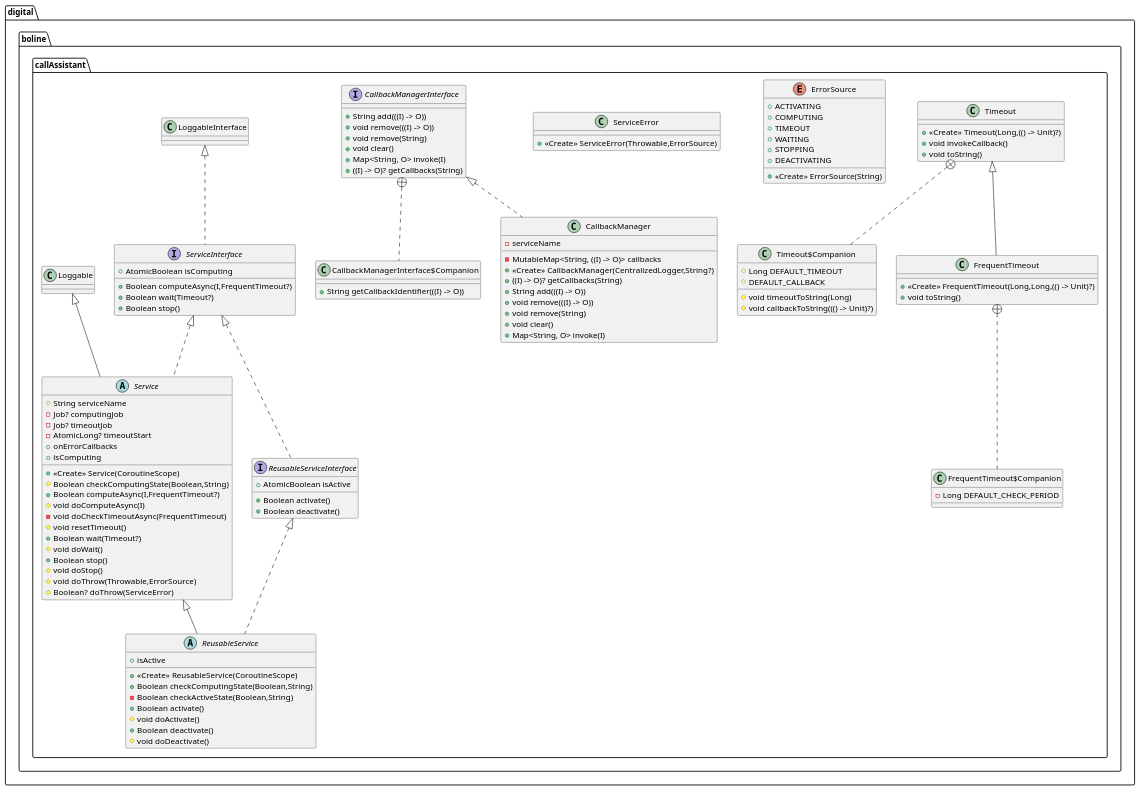
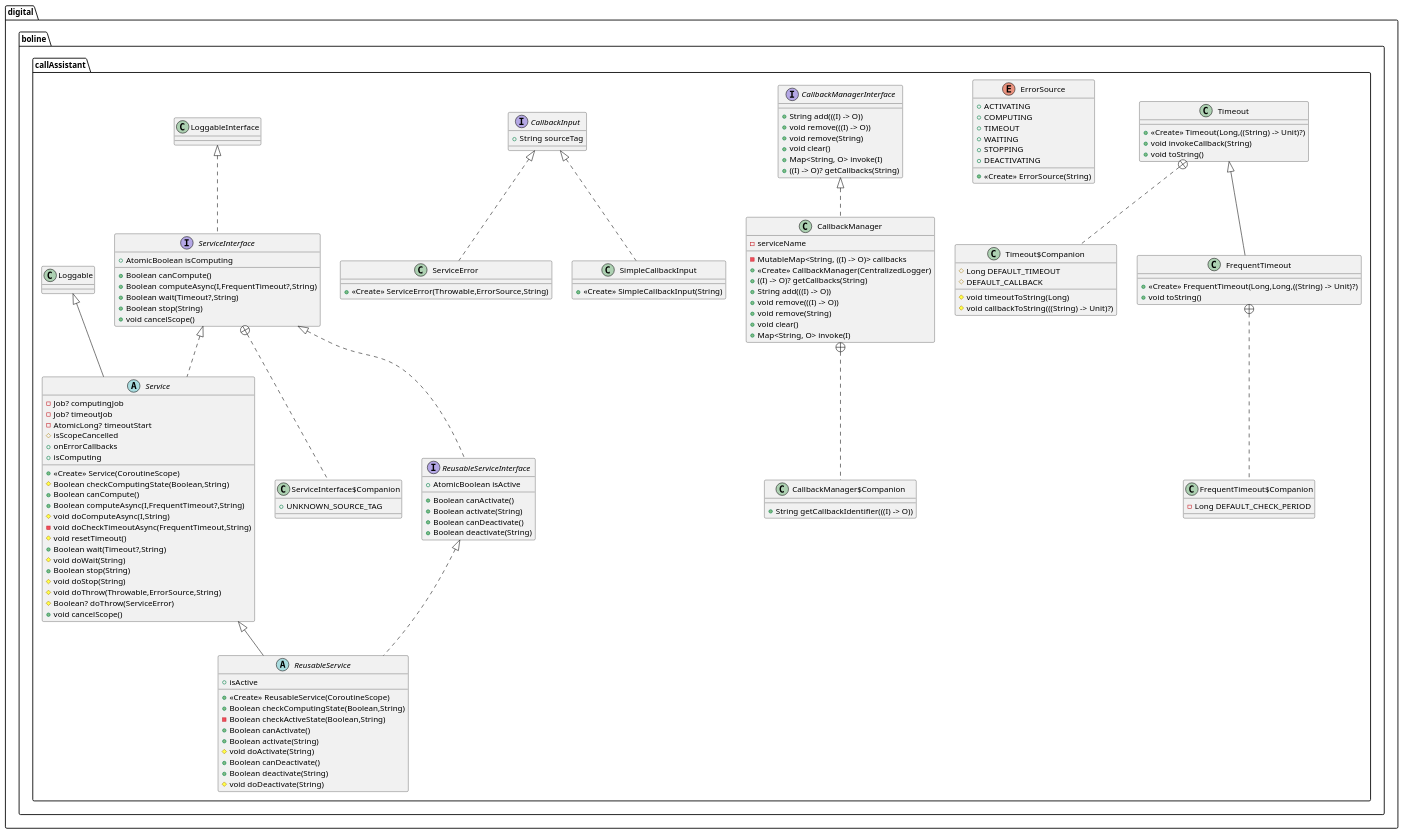
Before and after one commit to buoncubi/call_assistant: the diagram in doc/uml/service.puml, drawn with PlantUML. The commit also changed 308 other files, not shown here.

Commit message:
Introducing LLM message interface and manager.

```diff
--- a/doc/uml/service.puml
+++ b/doc/uml/service.puml
@@ -1,128 +1,151 @@
 @startuml
+class digital.boline.callAssistant.ServiceInterface$Companion {
++  UNKNOWN_SOURCE_TAG
+}
+
 interface digital.boline.callAssistant.ServiceInterface {
 + AtomicBoolean isComputing
-+ Boolean computeAsync(I,FrequentTimeout?)
-+ Boolean wait(Timeout?)
-+ Boolean stop()
++ Boolean canCompute()
++ Boolean computeAsync(I,FrequentTimeout?,String)
++ Boolean wait(Timeout?,String)
++ Boolean stop(String)
++ void cancelScope()
 }
 
 
 class digital.boline.callAssistant.Timeout$Companion {
 # Long DEFAULT_TIMEOUT
 #  DEFAULT_CALLBACK
 # void timeoutToString(Long)
-# void callbackToString((() -> Unit)?)
+# void callbackToString(((String) -> Unit)?)
 }
 
 
 class digital.boline.callAssistant.Timeout {
-+ <<Create>> Timeout(Long,(() -> Unit)?)
-+ void invokeCallback()
++ <<Create>> Timeout(Long,((String) -> Unit)?)
++ void invokeCallback(String)
 + void toString()
 }
 
 class digital.boline.callAssistant.FrequentTimeout$Companion {
 - Long DEFAULT_CHECK_PERIOD
 }
 
 class digital.boline.callAssistant.FrequentTimeout {
-+ <<Create>> FrequentTimeout(Long,Long,(() -> Unit)?)
++ <<Create>> FrequentTimeout(Long,Long,((String) -> Unit)?)
 + void toString()
 }
 
 enum digital.boline.callAssistant.ErrorSource {
 +  ACTIVATING
 +  COMPUTING
 +  TIMEOUT
 +  WAITING
 +  STOPPING
 +  DEACTIVATING
 + <<Create>> ErrorSource(String)
 }
 
 
 class digital.boline.callAssistant.ServiceError {
-+ <<Create>> ServiceError(Throwable,ErrorSource)
++ <<Create>> ServiceError(Throwable,ErrorSource,String)
 }
 
 abstract class digital.boline.callAssistant.Service {
-# String serviceName
 - Job? computingJob
 - Job? timeoutJob
 - AtomicLong? timeoutStart
+#  isScopeCancelled
 +  onErrorCallbacks
 +  isComputing
 + <<Create>> Service(CoroutineScope)
 # Boolean checkComputingState(Boolean,String)
-+ Boolean computeAsync(I,FrequentTimeout?)
-# void doComputeAsync(I)
-- void doCheckTimeoutAsync(FrequentTimeout)
++ Boolean canCompute()
++ Boolean computeAsync(I,FrequentTimeout?,String)
+# void doComputeAsync(I,String)
+- void doCheckTimeoutAsync(FrequentTimeout,String)
 # void resetTimeout()
-+ Boolean wait(Timeout?)
-# void doWait()
-+ Boolean stop()
-# void doStop()
-# void doThrow(Throwable,ErrorSource)
++ Boolean wait(Timeout?,String)
+# void doWait(String)
++ Boolean stop(String)
+# void doStop(String)
+# void doThrow(Throwable,ErrorSource,String)
 # Boolean? doThrow(ServiceError)
++ void cancelScope()
 }
 
 
 interface digital.boline.callAssistant.ReusableServiceInterface {
 + AtomicBoolean isActive
-+ Boolean activate()
-+ Boolean deactivate()
++ Boolean canActivate()
++ Boolean activate(String)
++ Boolean canDeactivate()
++ Boolean deactivate(String)
 }
 
 
 abstract class digital.boline.callAssistant.ReusableService {
 +  isActive
 + <<Create>> ReusableService(CoroutineScope)
 + Boolean checkComputingState(Boolean,String)
 - Boolean checkActiveState(Boolean,String)
-+ Boolean activate()
-# void doActivate()
-+ Boolean deactivate()
-# void doDeactivate()
++ Boolean canActivate()
++ Boolean activate(String)
+# void doActivate(String)
++ Boolean canDeactivate()
++ Boolean deactivate(String)
+# void doDeactivate(String)
 }
 
-
-class digital.boline.callAssistant.CallbackManagerInterface$Companion {
-+ String getCallbackIdentifier(((I) -> O))
-}
 
 interface digital.boline.callAssistant.CallbackManagerInterface {
 + String add(((I) -> O))
 + void remove(((I) -> O))
 + void remove(String)
 + void clear()
 + Map<String, O> invoke(I)
 + ((I) -> O)? getCallbacks(String)
 }
 
+interface digital.boline.callAssistant.CallbackInput {
++ String sourceTag
+}
+
+class digital.boline.callAssistant.SimpleCallbackInput {
++ <<Create>> SimpleCallbackInput(String)
+}
+
+class digital.boline.callAssistant.CallbackManager$Companion {
++ String getCallbackIdentifier(((I) -> O))
+}
+
 class digital.boline.callAssistant.CallbackManager {
 -  serviceName
 - MutableMap<String, ((I) -> O)> callbacks
-+ <<Create>> CallbackManager(CentralizedLogger,String?)
++ <<Create>> CallbackManager(CentralizedLogger)
 + ((I) -> O)? getCallbacks(String)
 + String add(((I) -> O))
 + void remove(((I) -> O))
 + void remove(String)
 + void clear()
 + Map<String, O> invoke(I)
 }
 
 
 
 
+digital.boline.callAssistant.ServiceInterface +.. digital.boline.callAssistant.ServiceInterface$Companion
 digital.boline.callAssistant.LoggableInterface <|.. digital.boline.callAssistant.ServiceInterface
 digital.boline.callAssistant.Timeout +.. digital.boline.callAssistant.Timeout$Companion
 digital.boline.callAssistant.FrequentTimeout +.. digital.boline.callAssistant.FrequentTimeout$Companion
 digital.boline.callAssistant.Timeout <|-- digital.boline.callAssistant.FrequentTimeout
+digital.boline.callAssistant.CallbackInput <|.. digital.boline.callAssistant.ServiceError
 digital.boline.callAssistant.ServiceInterface <|.. digital.boline.callAssistant.Service
 digital.boline.callAssistant.Loggable <|-- digital.boline.callAssistant.Service
 digital.boline.callAssistant.ServiceInterface <|.. digital.boline.callAssistant.ReusableServiceInterface
 digital.boline.callAssistant.ReusableServiceInterface <|.. digital.boline.callAssistant.ReusableService
 digital.boline.callAssistant.Service <|-- digital.boline.callAssistant.ReusableService
-digital.boline.callAssistant.CallbackManagerInterface +.. digital.boline.callAssistant.CallbackManagerInterface$Companion
+digital.boline.callAssistant.CallbackInput <|.. digital.boline.callAssistant.SimpleCallbackInput
+digital.boline.callAssistant.CallbackManager +.. digital.boline.callAssistant.CallbackManager$Companion
 digital.boline.callAssistant.CallbackManagerInterface <|.. digital.boline.callAssistant.CallbackManager
 @enduml
```
